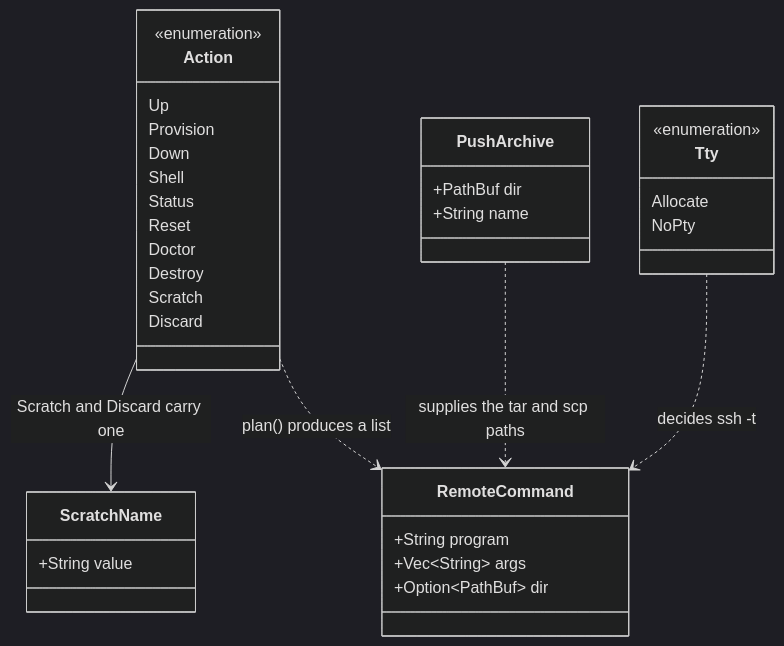
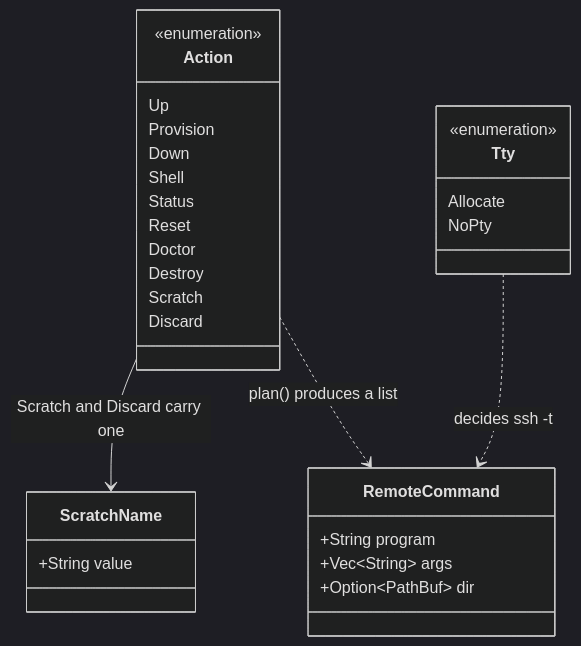
One commit to breki/bombyx changed the fourth of 6 diagrams in docs/architecture.md. Above: the diagram before and after it, drawn with Mermaid (dark theme). The commit also changed other lines of this file and 25 other files, not shown here.

````diff
--- a/docs/architecture.md
+++ b/docs/architecture.md
@@ -190,38 +192,33 @@
 ```mermaid
 classDiagram
   class Action {
     <<enumeration>>
     Up
     Provision
     Down
     Shell
     Status
     Reset
     Doctor
     Destroy
     Scratch
     Discard
   }
   class ScratchName {
     +String value
   }
   class RemoteCommand {
     +String program
     +Vec~String~ args
     +Option~PathBuf~ dir
   }
-  class PushArchive {
-    +PathBuf dir
-    +String name
-  }
   class Tty {
     <<enumeration>>
     Allocate
     NoPty
   }
 
   Action --> ScratchName : Scratch and Discard carry one
   Action ..> RemoteCommand : plan() produces a list
-  PushArchive ..> RemoteCommand : supplies the tar and scp paths
   Tty ..> RemoteCommand : decides ssh -t
 ```
````
